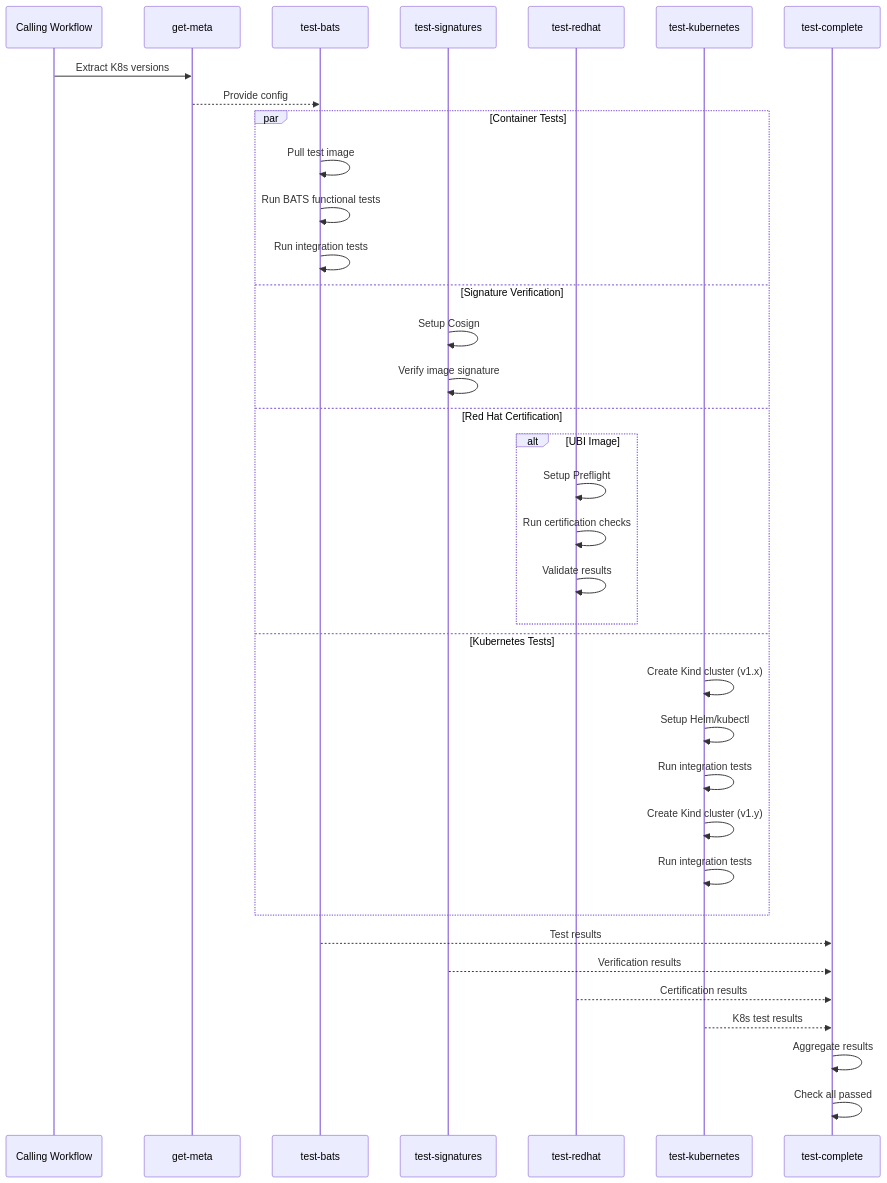
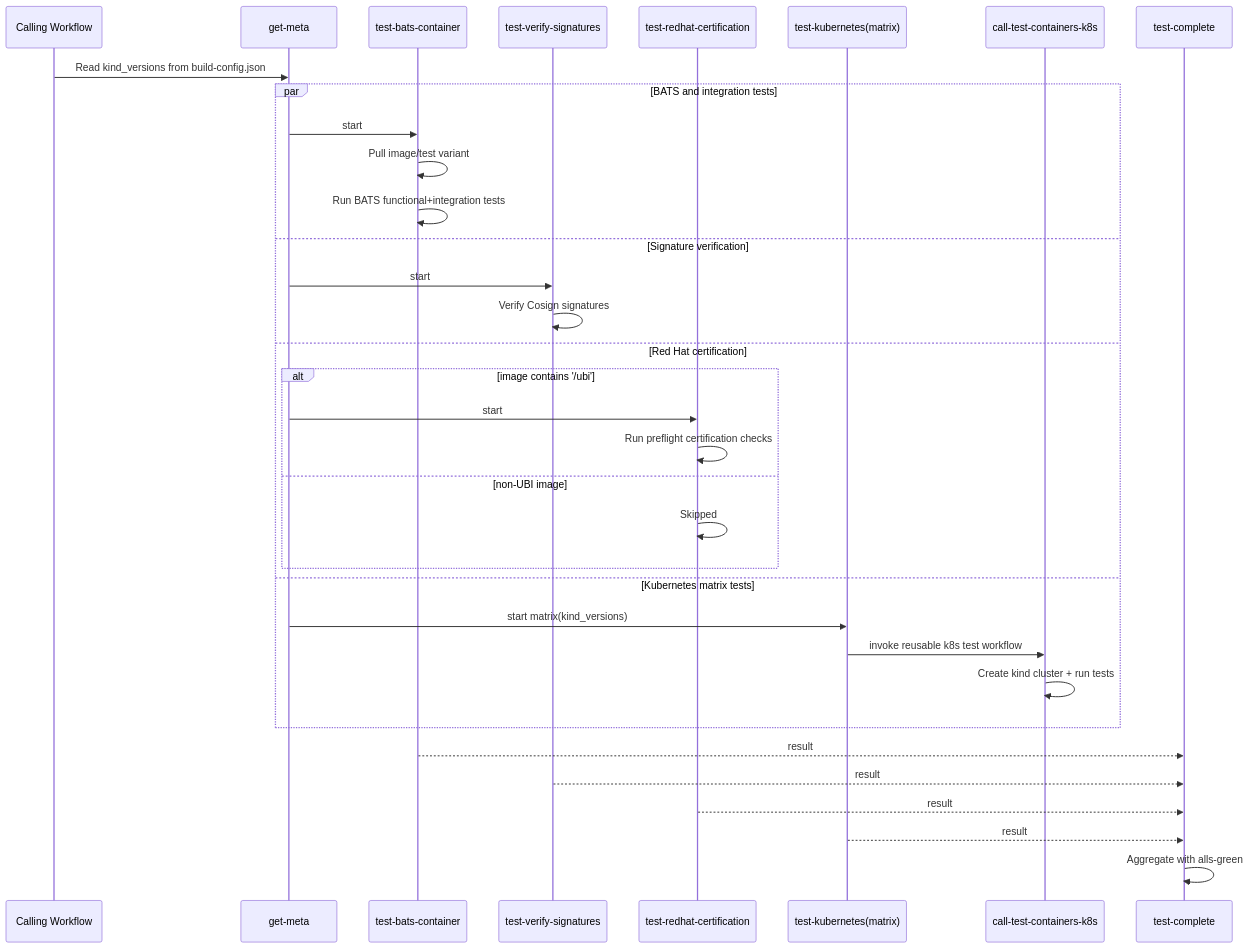
The fifth of 6 diagrams in .github/workflows/README.md (FluentDo/agent), drawn with Mermaid before and after one commit. The commit also changed other lines of this file, not shown here.

Commit message:
docs: update diagrams

````diff
--- a/.github/workflows/README.md
+++ b/.github/workflows/README.md
@@ -991,42 +970,39 @@
 ```mermaid
 sequenceDiagram
     participant Caller as Calling Workflow
-    participant Meta as get-meta
-    participant BATS as test-bats
-    participant Sig as test-signatures
-    participant RH as test-redhat
-    participant K8s as test-kubernetes
-    participant Complete as test-complete
+  participant Meta as get-meta
+  participant BATS as test-bats-container
+  participant Sig as test-verify-signatures
+  participant RH as test-redhat-certification
+  participant K8s as test-kubernetes(matrix)
+  participant K8sCall as call-test-containers-k8s
+  participant Complete as test-complete
 
-    Caller->>Meta: Extract K8s versions
-    Meta-->>BATS: Provide config
-    
-    par Container Tests
-        BATS->>BATS: Pull test image
-        BATS->>BATS: Run BATS functional tests
-        BATS->>BATS: Run integration tests
-    and Signature Verification
-        Sig->>Sig: Setup Cosign
-        Sig->>Sig: Verify image signature
-    and Red Hat Certification
-        alt UBI Image
-            RH->>RH: Setup Preflight
-            RH->>RH: Run certification checks
-            RH->>RH: Validate results
-        end
-    and Kubernetes Tests
-        K8s->>K8s: Create Kind cluster (v1.x)
-        K8s->>K8s: Setup Helm/kubectl
-        K8s->>K8s: Run integration tests
-        K8s->>K8s: Create Kind cluster (v1.y)
-        K8s->>K8s: Run integration tests
+  Caller->>Meta: Read kind_versions from build-config.json
+
+  par BATS and integration tests
+    Meta->>BATS: start
+    BATS->>BATS: Pull image/test variant
+    BATS->>BATS: Run BATS functional+integration tests
+  and Signature verification
+    Meta->>Sig: start
+    Sig->>Sig: Verify Cosign signatures
+  and Red Hat certification
+    alt image contains '/ubi'
+      Meta->>RH: start
+      RH->>RH: Run preflight certification checks
+    else non-UBI image
+      RH->>RH: Skipped
     end
-    
-    BATS-->>Complete: Test results
-    Sig-->>Complete: Verification results
-    RH-->>Complete: Certification results
-    K8s-->>Complete: K8s test results
-    
-    Complete->>Complete: Aggregate results
-    Complete->>Complete: Check all passed
+  and Kubernetes matrix tests
+    Meta->>K8s: start matrix(kind_versions)
+    K8s->>K8sCall: invoke reusable k8s test workflow
+    K8sCall->>K8sCall: Create kind cluster + run tests
+  end
+
+  BATS-->>Complete: result
+  Sig-->>Complete: result
+  RH-->>Complete: result
+  K8s-->>Complete: result
+  Complete->>Complete: Aggregate with alls-green
 ```
````
